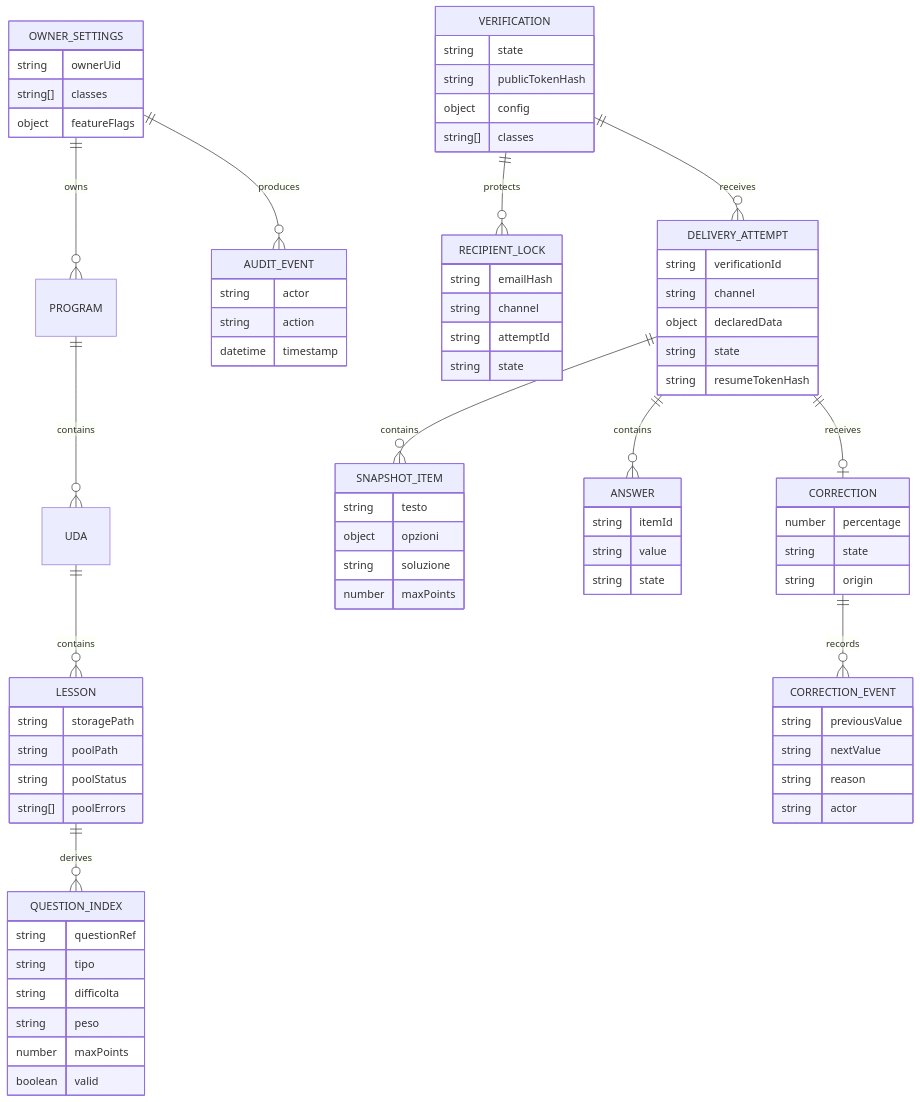
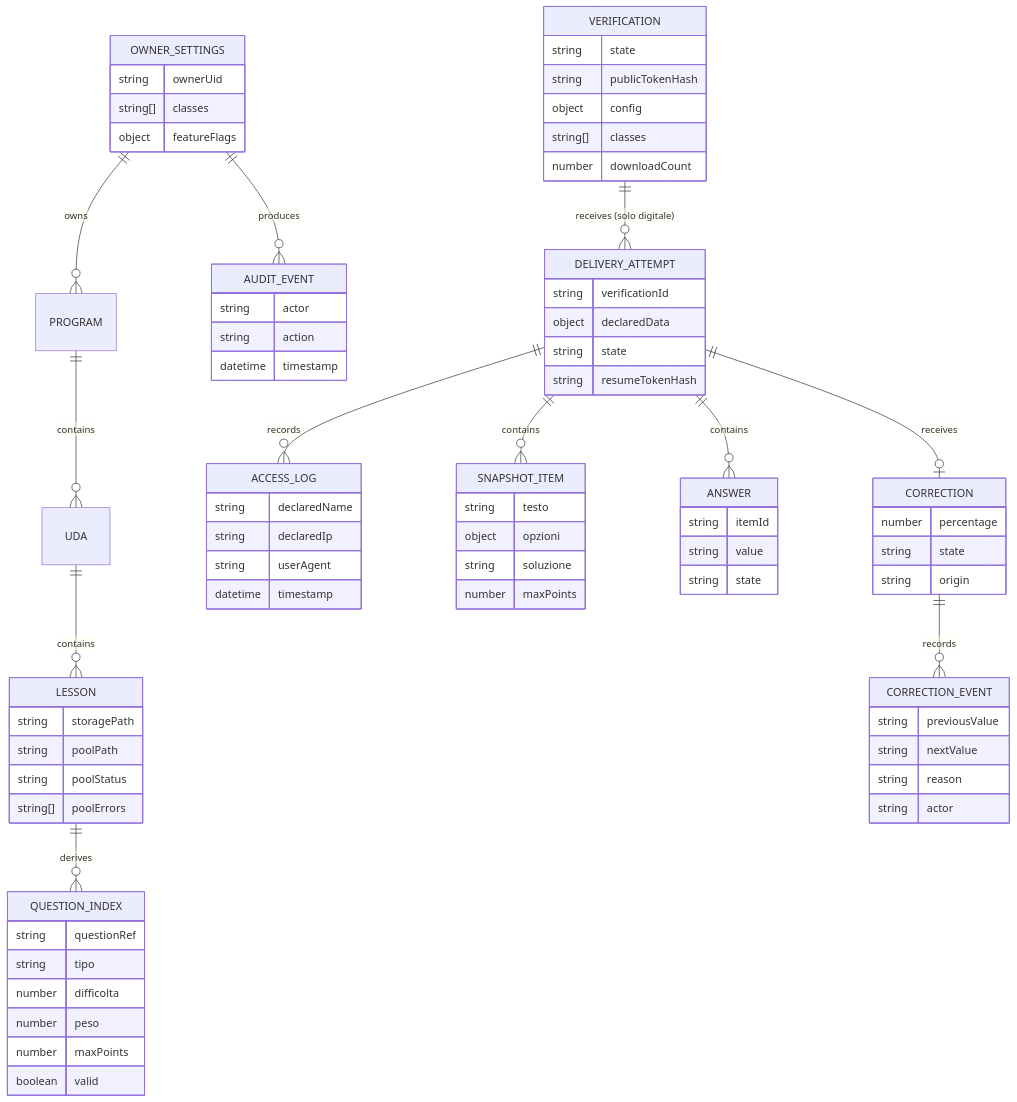
The diagram in documentazione/diagrammi/er-model.md (EnricoPaparo/SchoolForge), drawn with Mermaid before and after one commit. The commit also changed other lines of this file and 17 other files, not shown here.

````diff
--- a/documentazione/diagrammi/er-model.md
+++ b/documentazione/diagrammi/er-model.md
@@ -3,80 +3,80 @@
 ```mermaid
 erDiagram
     OWNER_SETTINGS ||--o{ PROGRAM : owns
     PROGRAM ||--o{ UDA : contains
     UDA ||--o{ LESSON : contains
     LESSON ||--o{ QUESTION_INDEX : derives
-    VERIFICATION ||--o{ RECIPIENT_LOCK : protects
-    VERIFICATION ||--o{ DELIVERY_ATTEMPT : receives
+    VERIFICATION ||--o{ DELIVERY_ATTEMPT : "receives (solo digitale)"
+    DELIVERY_ATTEMPT ||--o{ ACCESS_LOG : records
     DELIVERY_ATTEMPT ||--o{ SNAPSHOT_ITEM : contains
     DELIVERY_ATTEMPT ||--o{ ANSWER : contains
     DELIVERY_ATTEMPT ||--o| CORRECTION : receives
     CORRECTION ||--o{ CORRECTION_EVENT : records
     OWNER_SETTINGS ||--o{ AUDIT_EVENT : produces
 
     OWNER_SETTINGS {
         string ownerUid
         string[] classes
         object featureFlags
     }
     LESSON {
         string storagePath
         string poolPath
         string poolStatus
         string[] poolErrors
     }
     QUESTION_INDEX {
         string questionRef
         string tipo
-        string difficolta
-        string peso
+        number difficolta
+        number peso
         number maxPoints
         boolean valid
     }
     VERIFICATION {
         string state
         string publicTokenHash
         object config
         string[] classes
-    }
-    RECIPIENT_LOCK {
-        string emailHash
-        string channel
-        string attemptId
-        string state
+        number downloadCount
     }
     DELIVERY_ATTEMPT {
         string verificationId
-        string channel
         object declaredData
         string state
         string resumeTokenHash
+    }
+    ACCESS_LOG {
+        string declaredName
+        string declaredIp
+        string userAgent
+        datetime timestamp
     }
     SNAPSHOT_ITEM {
         string testo
         object opzioni
         string soluzione
         number maxPoints
     }
     ANSWER {
         string itemId
         string value
         string state
     }
     CORRECTION {
         number percentage
         string state
         string origin
     }
     CORRECTION_EVENT {
         string previousValue
         string nextValue
         string reason
         string actor
     }
     AUDIT_EVENT {
         string actor
         string action
         datetime timestamp
     }
 ```
````
